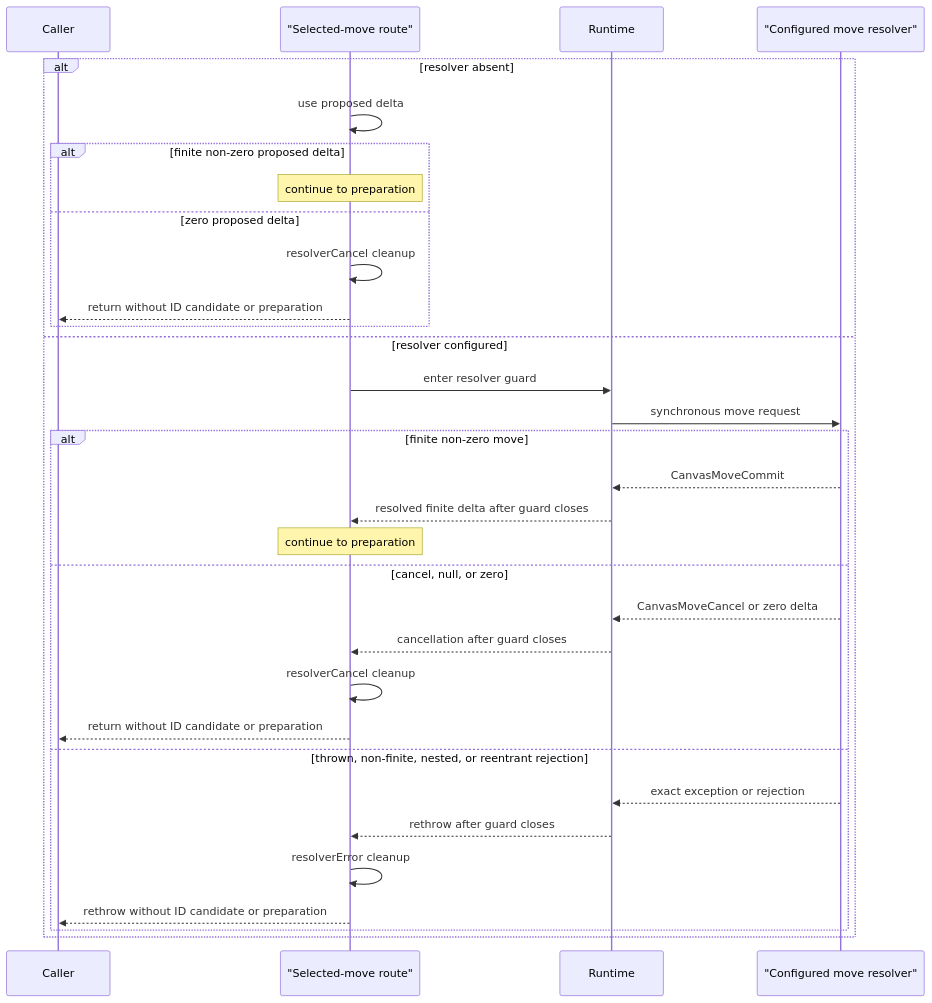
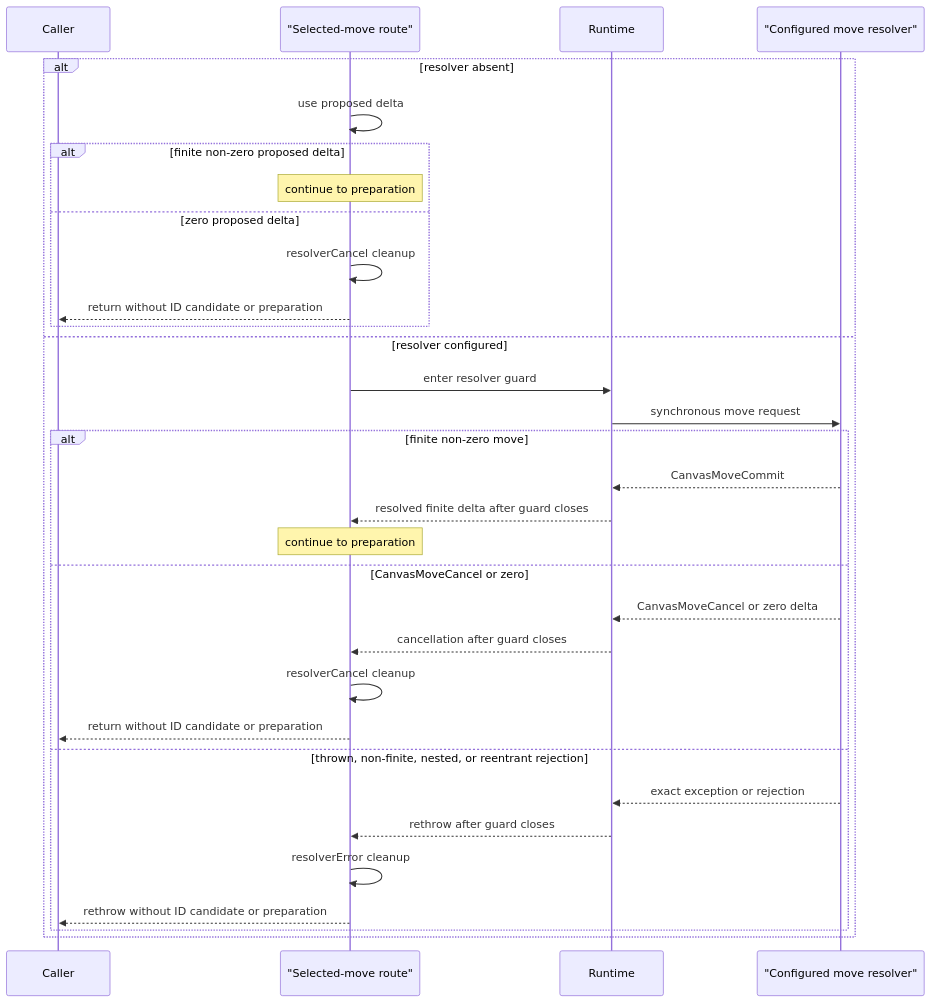
The first of 3 diagrams in docs/planning/designs/2026-08-10-sparse-commit-transaction-candidate.md (GreatPika/iwb_canvas_engine), drawn with Mermaid before and after one commit. The commit also changed other lines of this file and 18 other files, not shown here.

````diff
--- a/docs/planning/designs/2026-08-10-sparse-commit-transaction-candidate.md
+++ b/docs/planning/designs/2026-08-10-sparse-commit-transaction-candidate.md
@@ -364,35 +364,35 @@
 ```mermaid
 sequenceDiagram
     participant Caller
     participant Route as "Selected-move route"
     participant Runtime
     participant Resolver as "Configured move resolver"
 
     alt resolver absent
         Route->>Route: use proposed delta
         alt finite non-zero proposed delta
             Note over Route: continue to preparation
         else zero proposed delta
             Route->>Route: resolverCancel cleanup
             Route-->>Caller: return without ID candidate or preparation
         end
     else resolver configured
         Route->>Runtime: enter resolver guard
         Runtime->>Resolver: synchronous move request
         alt finite non-zero move
             Resolver-->>Runtime: CanvasMoveCommit
             Runtime-->>Route: resolved finite delta after guard closes
             Note over Route: continue to preparation
-        else cancel, null, or zero
+        else CanvasMoveCancel or zero
             Resolver-->>Runtime: CanvasMoveCancel or zero delta
             Runtime-->>Route: cancellation after guard closes
             Route->>Route: resolverCancel cleanup
             Route-->>Caller: return without ID candidate or preparation
         else thrown, non-finite, nested, or reentrant rejection
             Resolver-->>Runtime: exact exception or rejection
             Runtime-->>Route: rethrow after guard closes
             Route->>Route: resolverError cleanup
             Route-->>Caller: rethrow without ID candidate or preparation
         end
     end
 ```
````
